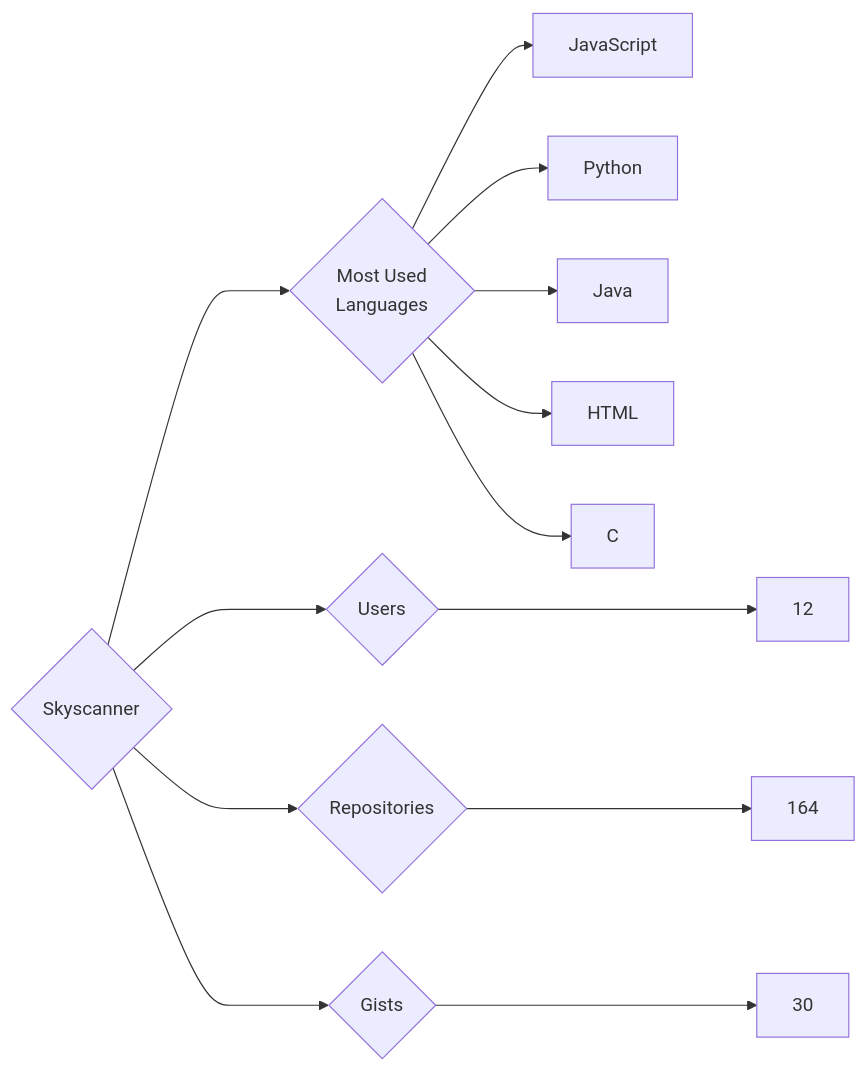
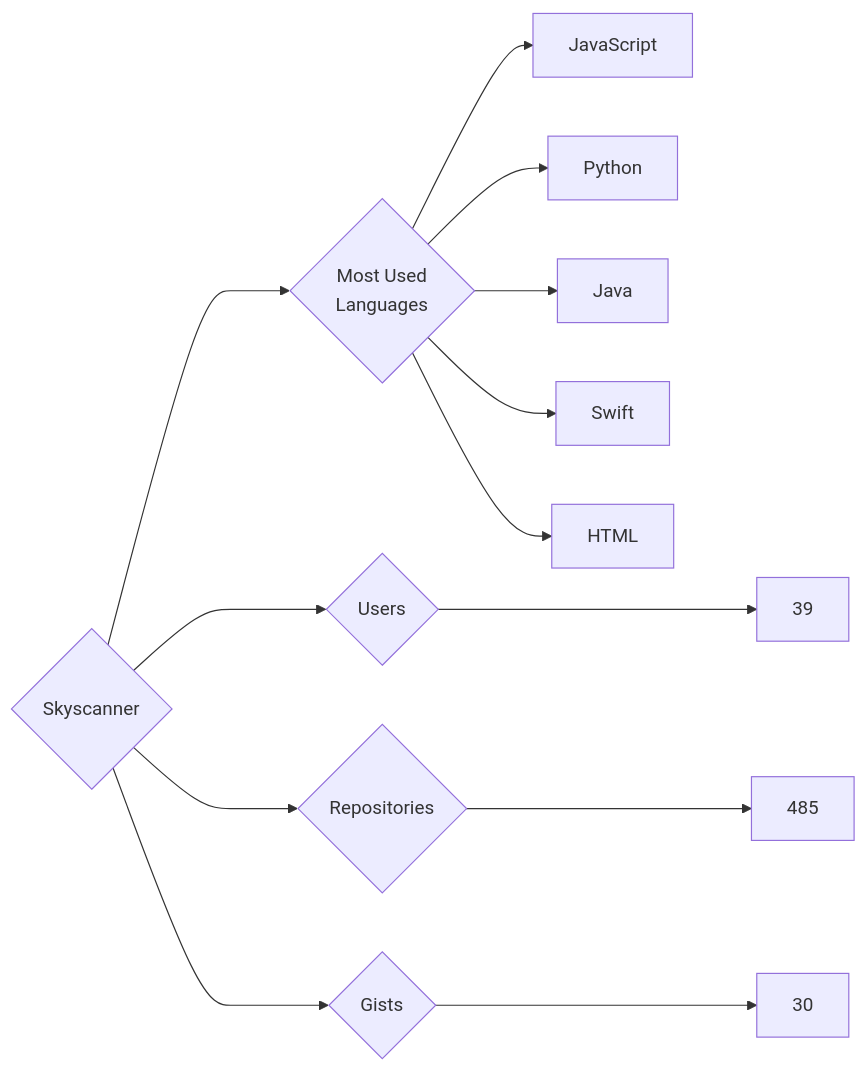
Before and after one commit to trickest/insiders: the diagram in targets/Skyscanner/README.md, drawn with Mermaid. The commit also changed 681 other files, not shown here.

````diff
--- a/targets/Skyscanner/README.md
+++ b/targets/Skyscanner/README.md
@@ -3,13 +3,13 @@
 ```mermaid
 graph LR
 COMPANY_NAME{Skyscanner}
-COMPANY_NAME ---> U{Users} ---> UN[12]
-COMPANY_NAME ---> R{Repositories} ---> RN[164]
+COMPANY_NAME ---> U{Users} ---> UN[39]
+COMPANY_NAME ---> R{Repositories} ---> RN[485]
 COMPANY_NAME ---> G{Gists} ---> GN[30]
 COMPANY_NAME ---> ML{Most Used<br>Languages}
 ML --> JavaScript[JavaScript]
 ML --> Python[Python]
 ML --> Java[Java]
+ML --> Swift[Swift]
 ML --> HTML[HTML]
-ML --> C[C]
 ```
````
